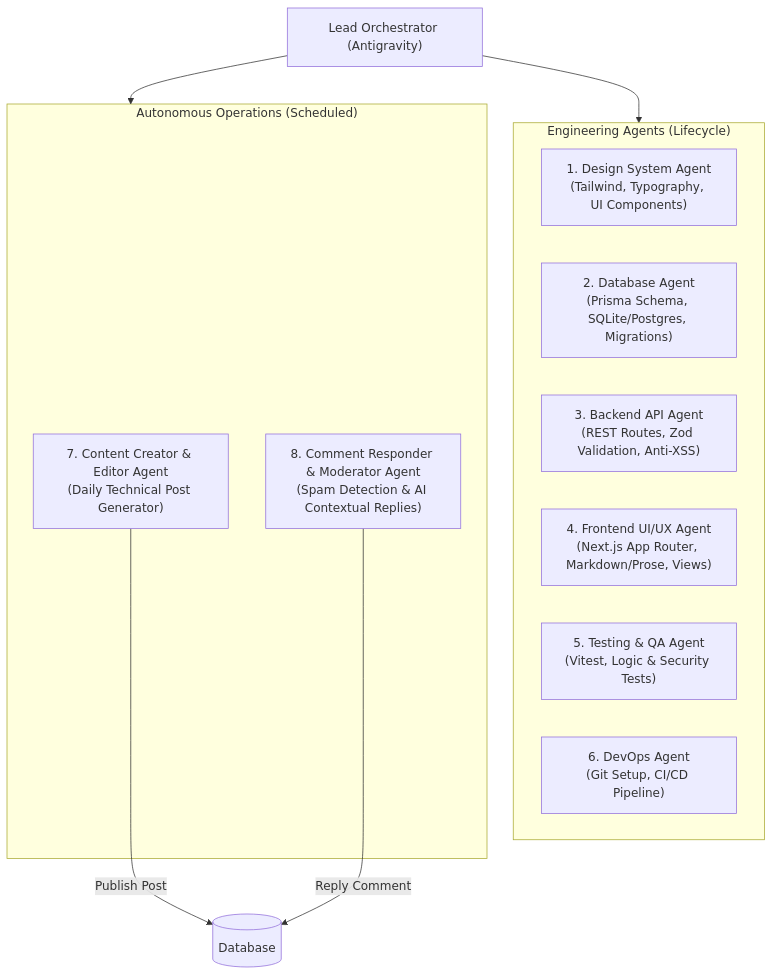
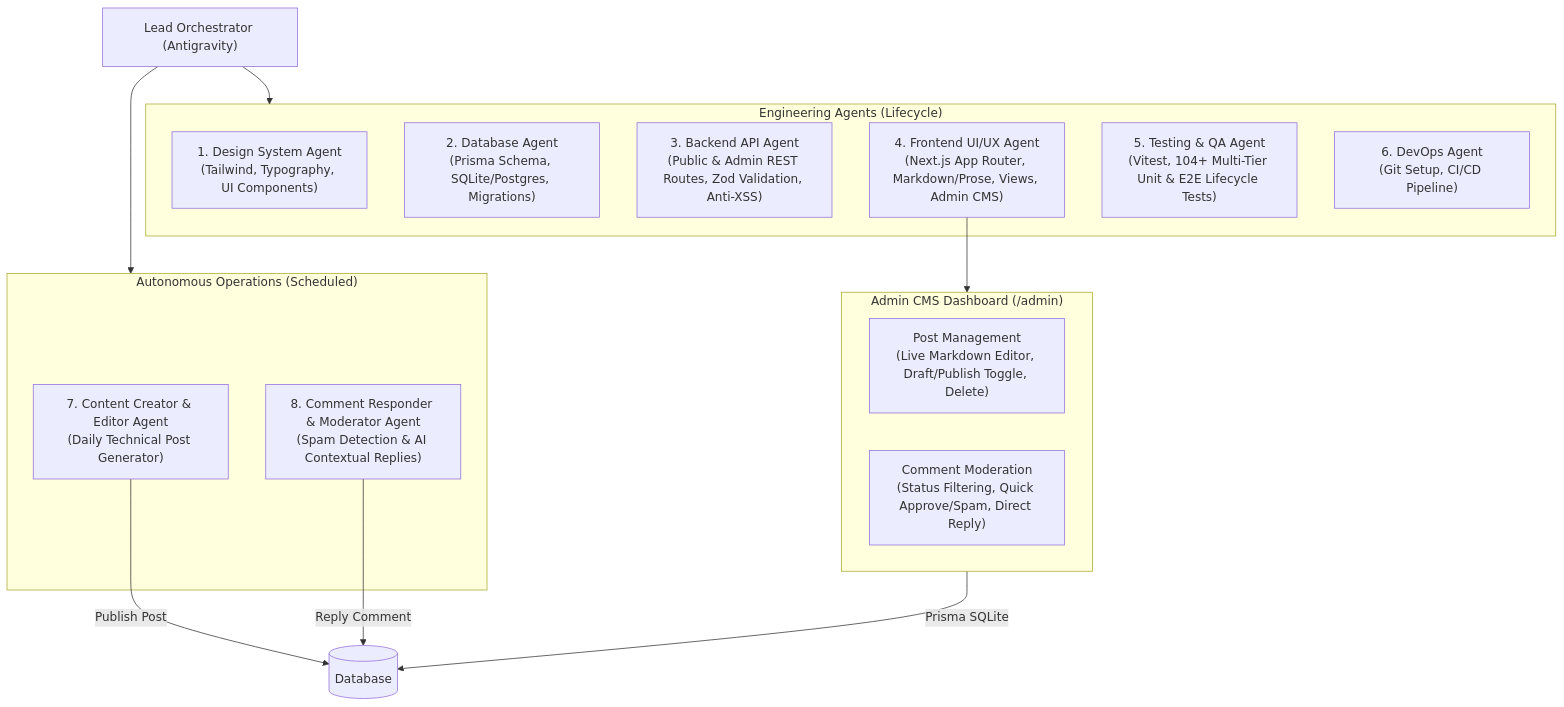
The diagram in README.md (cahyadsn/blog), drawn with Mermaid before and after one commit. The commit also changed other lines of this file, not shown here.

Commit message:
docs: update README.md with Admin CMS Dashboard details and test metrics

````diff
--- a/README.md
+++ b/README.md
@@ -17,23 +20,30 @@
 ```mermaid
 flowchart TD
     User["Lead Orchestrator (Antigravity)"]
 
     subgraph Dev_Agents ["Engineering Agents (Lifecycle)"]
         A1["1. Design System Agent\n(Tailwind, Typography, UI Components)"]
         A2["2. Database Agent\n(Prisma Schema, SQLite/Postgres, Migrations)"]
-        A3["3. Backend API Agent\n(REST Routes, Zod Validation, Anti-XSS)"]
-        A4["4. Frontend UI/UX Agent\n(Next.js App Router, Markdown/Prose, Views)"]
-        A5["5. Testing & QA Agent\n(Vitest, Logic & Security Tests)"]
+        A3["3. Backend API Agent\n(Public & Admin REST Routes, Zod Validation, Anti-XSS)"]
+        A4["4. Frontend UI/UX Agent\n(Next.js App Router, Markdown/Prose, Views, Admin CMS)"]
+        A5["5. Testing & QA Agent\n(Vitest, 104+ Multi-Tier Unit & E2E Lifecycle Tests)"]
         A6["6. DevOps Agent\n(Git Setup, CI/CD Pipeline)"]
+    end
+
+    subgraph Admin_CMS ["Admin CMS Dashboard (/admin)"]
+        CMS1["Post Management\n(Live Markdown Editor, Draft/Publish Toggle, Delete)"]
+        CMS2["Comment Moderation\n(Status Filtering, Quick Approve/Spam, Direct Reply)"]
     end
 
     subgraph Ops_Agents ["Autonomous Operations (Scheduled)"]
         A7["7. Content Creator & Editor Agent\n(Daily Technical Post Generator)"]
         A8["8. Comment Responder & Moderator Agent\n(Spam Detection & AI Contextual Replies)"]
     end
 
     User --> Dev_Agents
     User --> Ops_Agents
-    A7 -->|Publish Post| DB[("Database")]
+    A4 --> Admin_CMS
+    Admin_CMS -->|Prisma SQLite| DB[("Database")]
+    A7 -->|Publish Post| DB
     A8 -->|Reply Comment| DB
 ```
````
